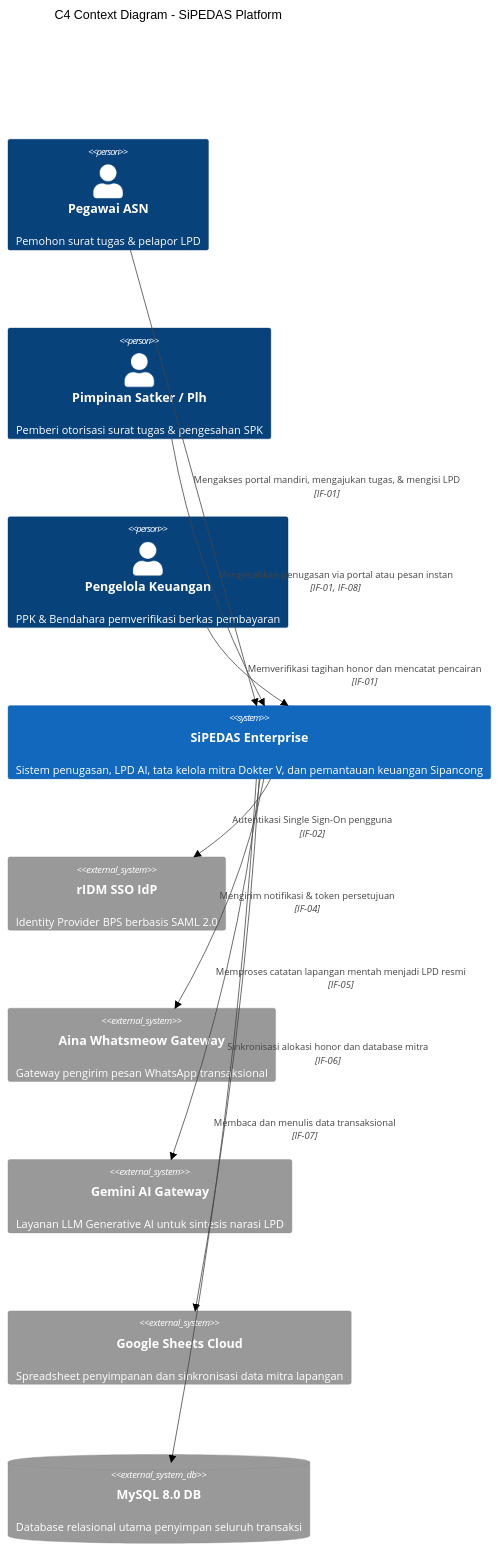
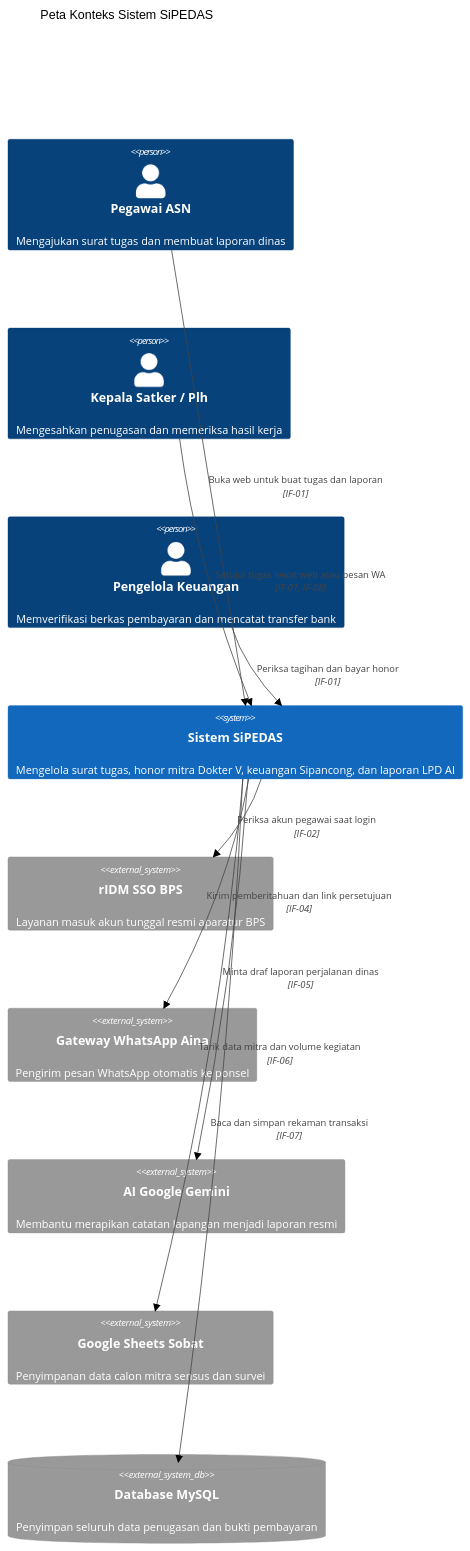
The second of 2 diagrams in docs/architecture/03_context_and_scope.md (ihkaru/sipedas), drawn with Mermaid (neutral theme) before and after one commit. The commit also changed other lines of this file and 11 other files, not shown here.

Commit message:
docs(arc42): rewrite enterprise architecture documentation into crystal-clear plain Indonesian without jargon

````diff
--- a/docs/architecture/03_context_and_scope.md
+++ b/docs/architecture/03_context_and_scope.md
@@ -74,26 +74,26 @@
 ```mermaid
 C4Context
-    title C4 Context Diagram - SiPEDAS Platform
+    title Peta Konteks Sistem SiPEDAS
 
-    Person(pegawai, "Pegawai ASN", "Pemohon surat tugas & pelapor LPD")
-    Person(pimpinan, "Pimpinan Satker / Plh", "Pemberi otorisasi surat tugas & pengesahan SPK")
-    Person(keuangan, "Pengelola Keuangan", "PPK & Bendahara pemverifikasi berkas pembayaran")
+    Person(pegawai, "Pegawai ASN", "Mengajukan surat tugas dan membuat laporan dinas")
+    Person(pimpinan, "Kepala Satker / Plh", "Mengesahkan penugasan dan memeriksa hasil kerja")
+    Person(keuangan, "Pengelola Keuangan", "Memverifikasi berkas pembayaran dan mencatat transfer bank")
     
-    System(sipedas, "SiPEDAS Enterprise", "Sistem penugasan, LPD AI, tata kelola mitra Dokter V, dan pemantauan keuangan Sipancong")
+    System(sipedas, "Sistem SiPEDAS", "Mengelola surat tugas, honor mitra Dokter V, keuangan Sipancong, dan laporan LPD AI")
 
-    System_Ext(ridm, "rIDM SSO IdP", "Identity Provider BPS berbasis SAML 2.0")
-    System_Ext(ainawa, "Aina Whatsmeow Gateway", "Gateway pengirim pesan WhatsApp transaksional")
-    System_Ext(aigateway, "Gemini AI Gateway", "Layanan LLM Generative AI untuk sintesis narasi LPD")
-    System_Ext(gsheets, "Google Sheets Cloud", "Spreadsheet penyimpanan dan sinkronisasi data mitra lapangan")
-    SystemDb_Ext(mysqldb, "MySQL 8.0 DB", "Database relasional utama penyimpan seluruh transaksi")
+    System_Ext(ridm, "rIDM SSO BPS", "Layanan masuk akun tunggal resmi aparatur BPS")
+    System_Ext(ainawa, "Gateway WhatsApp Aina", "Pengirim pesan WhatsApp otomatis ke ponsel")
+    System_Ext(aigateway, "AI Google Gemini", "Membantu merapikan catatan lapangan menjadi laporan resmi")
+    System_Ext(gsheets, "Google Sheets Sobat", "Penyimpanan data calon mitra sensus dan survei")
+    SystemDb_Ext(mysqldb, "Database MySQL", "Penyimpan seluruh data penugasan dan bukti pembayaran")
 
-    Rel(pegawai, sipedas, "Mengakses portal mandiri, mengajukan tugas, & mengisi LPD", "IF-01")
-    Rel(pimpinan, sipedas, "Mengesahkan penugasan via portal atau pesan instan", "IF-01, IF-08")
-    Rel(keuangan, sipedas, "Memverifikasi tagihan honor dan mencatat pencairan", "IF-01")
+    Rel(pegawai, sipedas, "Buka web untuk buat tugas dan laporan", "IF-01")
+    Rel(pimpinan, sipedas, "Setujui tugas lewat web atau pesan WA", "IF-01, IF-08")
+    Rel(keuangan, sipedas, "Periksa tagihan dan bayar honor", "IF-01")
 
-    Rel(sipedas, ridm, "Autentikasi Single Sign-On pengguna", "IF-02")
-    Rel(sipedas, ainawa, "Mengirim notifikasi & token persetujuan", "IF-04")
-    Rel(sipedas, aigateway, "Memproses catatan lapangan mentah menjadi LPD resmi", "IF-05")
-    Rel(sipedas, gsheets, "Sinkronisasi alokasi honor dan database mitra", "IF-06")
-    Rel(sipedas, mysqldb, "Membaca dan menulis data transaksional", "IF-07")
+    Rel(sipedas, ridm, "Periksa akun pegawai saat login", "IF-02")
+    Rel(sipedas, ainawa, "Kirim pemberitahuan dan link persetujuan", "IF-04")
+    Rel(sipedas, aigateway, "Minta draf laporan perjalanan dinas", "IF-05")
+    Rel(sipedas, gsheets, "Tarik data mitra dan volume kegiatan", "IF-06")
+    Rel(sipedas, mysqldb, "Baca dan simpan rekaman transaksi", "IF-07")
 ```
````
